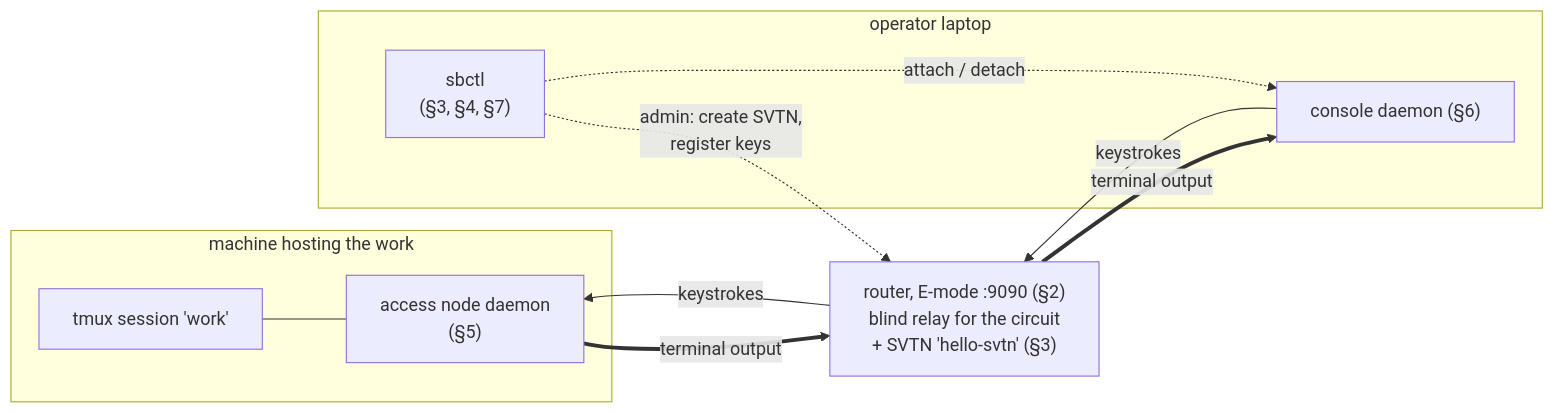
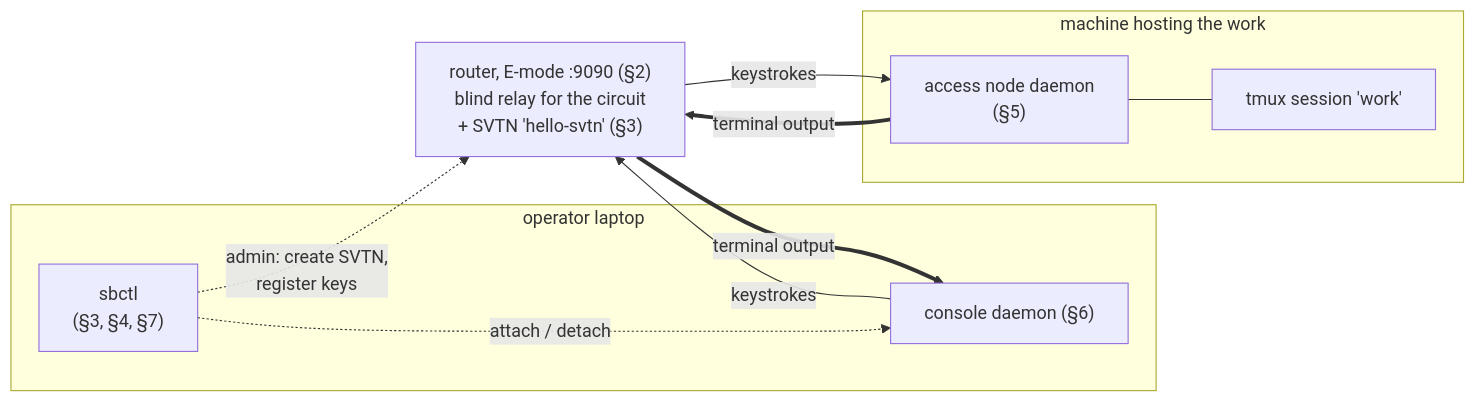
One commit to ArcavenAE/switchboard-blue changed the first of 2 diagrams in docs/getting-started.md. Above: the diagram before and after it, drawn with Mermaid. The commit also changed 8 other files, not shown here.

First line of the commit message:
docs(diagrams): orient flows initiator-left — keystrokes lead, output returns

````diff
--- a/docs/getting-started.md
+++ b/docs/getting-started.md
@@ -22,18 +22,18 @@
 ```mermaid
 graph LR
-    subgraph work["machine hosting the work"]
-        TM["tmux session 'work'"]
-        AN["access node daemon<br/>(§5)"]
-        TM --- AN
+    subgraph laptop["operator laptop"]
+        SB["sbctl<br/>(§3, §4, §7)"]
+        CN["console daemon (§6)"]
     end
     R["router, E-mode :9090 (§2)<br/>blind relay for the circuit<br/>+ SVTN 'hello-svtn' (§3)"]
-    subgraph laptop["operator laptop"]
-        CN["console daemon (§6)"]
-        SB["sbctl<br/>(§3, §4, §7)"]
+    subgraph work["machine hosting the work"]
+        AN["access node daemon<br/>(§5)"]
+        TM["tmux session 'work'"]
+        AN --- TM
     end
 
+    CN -- "keystrokes" --> R -- "keystrokes" --> AN
     AN == "terminal output" ==> R == "terminal output" ==> CN
-    CN -- "keystrokes" --> R -- "keystrokes" --> AN
     SB -. "admin: create SVTN,<br/>register keys" .-> R
     SB -. "attach / detach" .-> CN
 ```
````
